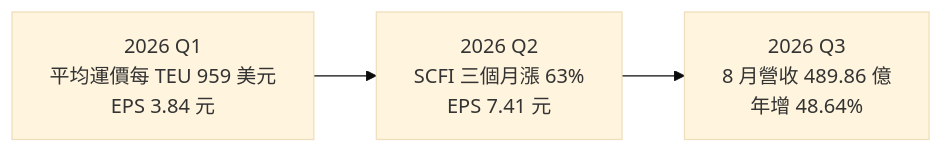
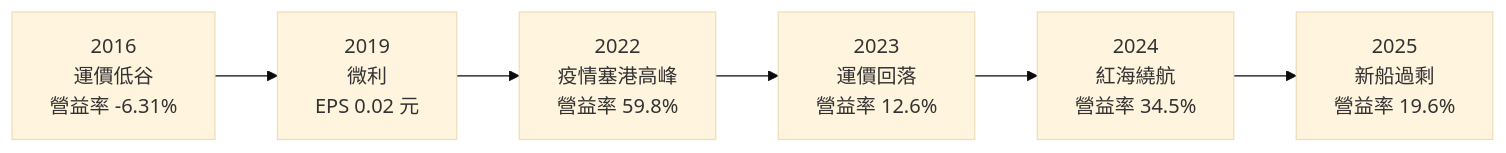
The second of 3 diagrams in 個股/台股/2603長榮.md (wangnick1004/taiwan-stock-vault), drawn with Mermaid (base theme) before and after one commit. The commit also changed other lines of this file and 19 other files, not shown here.

````diff
--- a/個股/台股/2603長榮.md
+++ b/個股/台股/2603長榮.md
@@ -131,4 +133,4 @@
 ```mermaid
 flowchart LR
-    Q1["2026 Q1<br/>平均運價每 TEU 959 美元<br/>EPS 3.84 元"] --> Q2["2026 Q2<br/>SCFI 三個月漲 63%<br/>EPS 7.41 元"] --> Q3["2026 Q3<br/>8 月營收 489.86 億<br/>年增 48.64%"]
+    Y16["2016<br/>運價低谷<br/>營益率 -6.31%"] --> Y19["2019<br/>微利<br/>EPS 0.02 元"] --> Y22["2022<br/>疫情塞港高峰<br/>營益率 59.8%"] --> Y23["2023<br/>運價回落<br/>營益率 12.6%"] --> Y24["2024<br/>紅海繞航<br/>營益率 34.5%"] --> Y25["2025<br/>新船過剩<br/>營益率 19.6%"]
 ```
````
